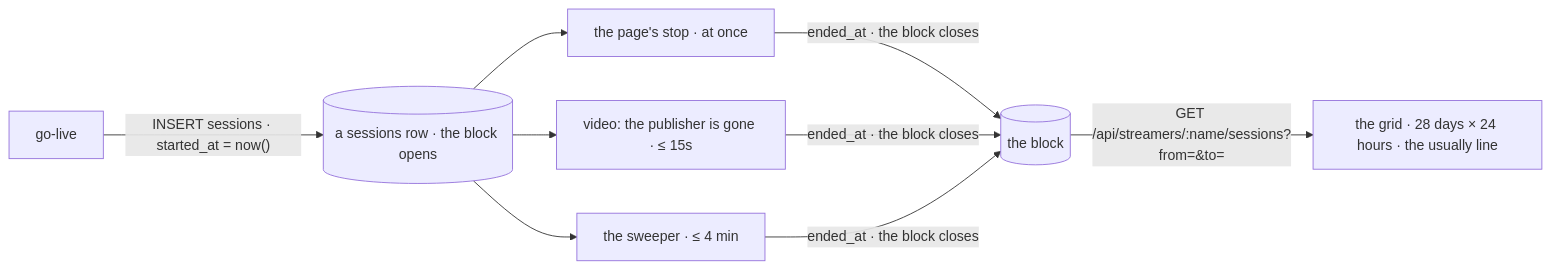
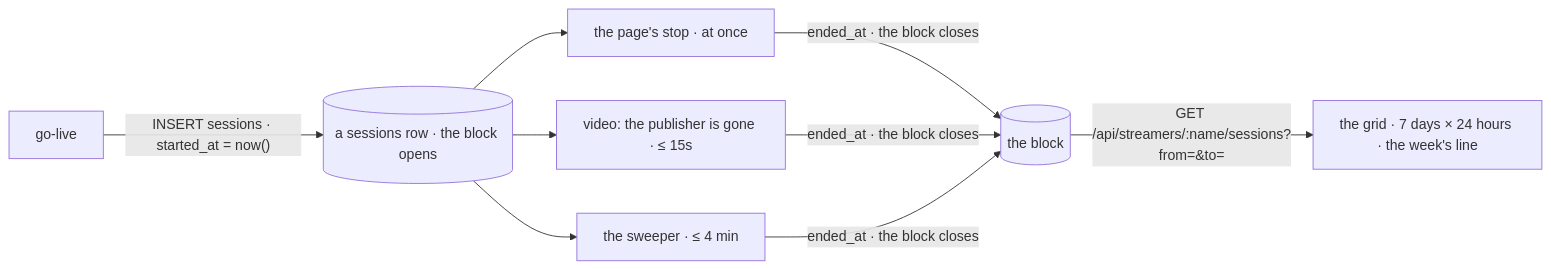
Before and after one commit to ZeroNerodaHero/slop-stream-architecture: the first of 2 diagrams in docs/calendar.md, drawn with Mermaid. The commit also changed other lines of this file and 51 other files, not shown here.

````diff
--- a/docs/calendar.md
+++ b/docs/calendar.md
@@ -5,9 +5,9 @@
 ```mermaid
 flowchart LR
   go["go-live"] -->|"INSERT sessions · started_at = now()"| row[("a sessions row · the block opens")]
   row --> stop["the page's stop · at once"]
   row --> video["video: the publisher is gone · ≤ 15s"]
   row --> sweep["the sweeper · ≤ 4 min"]
   stop & video & sweep -->|"ended_at · the block closes"| closed[("the block")]
-  closed -->|"GET /api/streamers/:name/sessions?from=&to="| grid["the grid · 28 days × 24 hours · the usually line"]
+  closed -->|"GET /api/streamers/:name/sessions?from=&to="| grid["the grid · 7 days × 24 hours · the week's line"]
 ```
````
